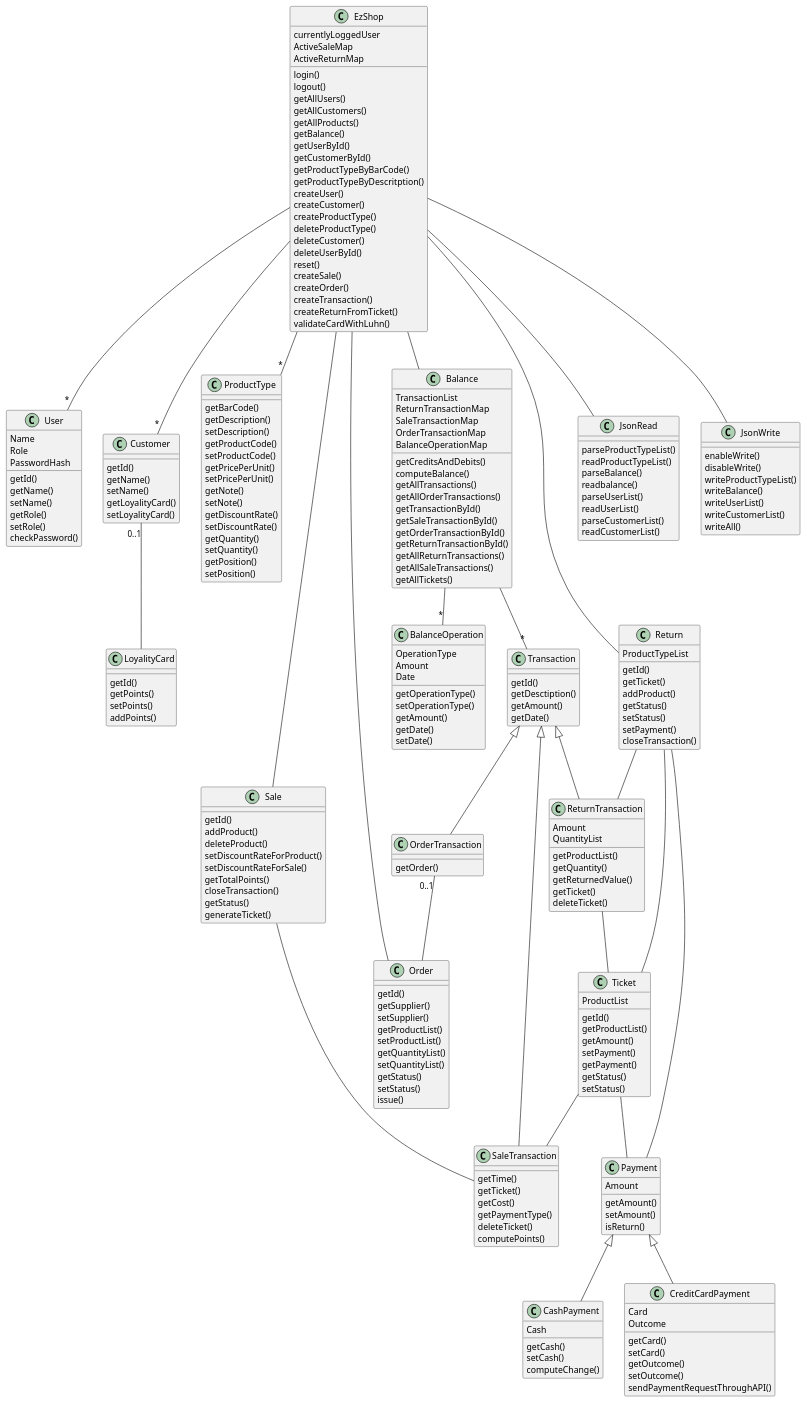
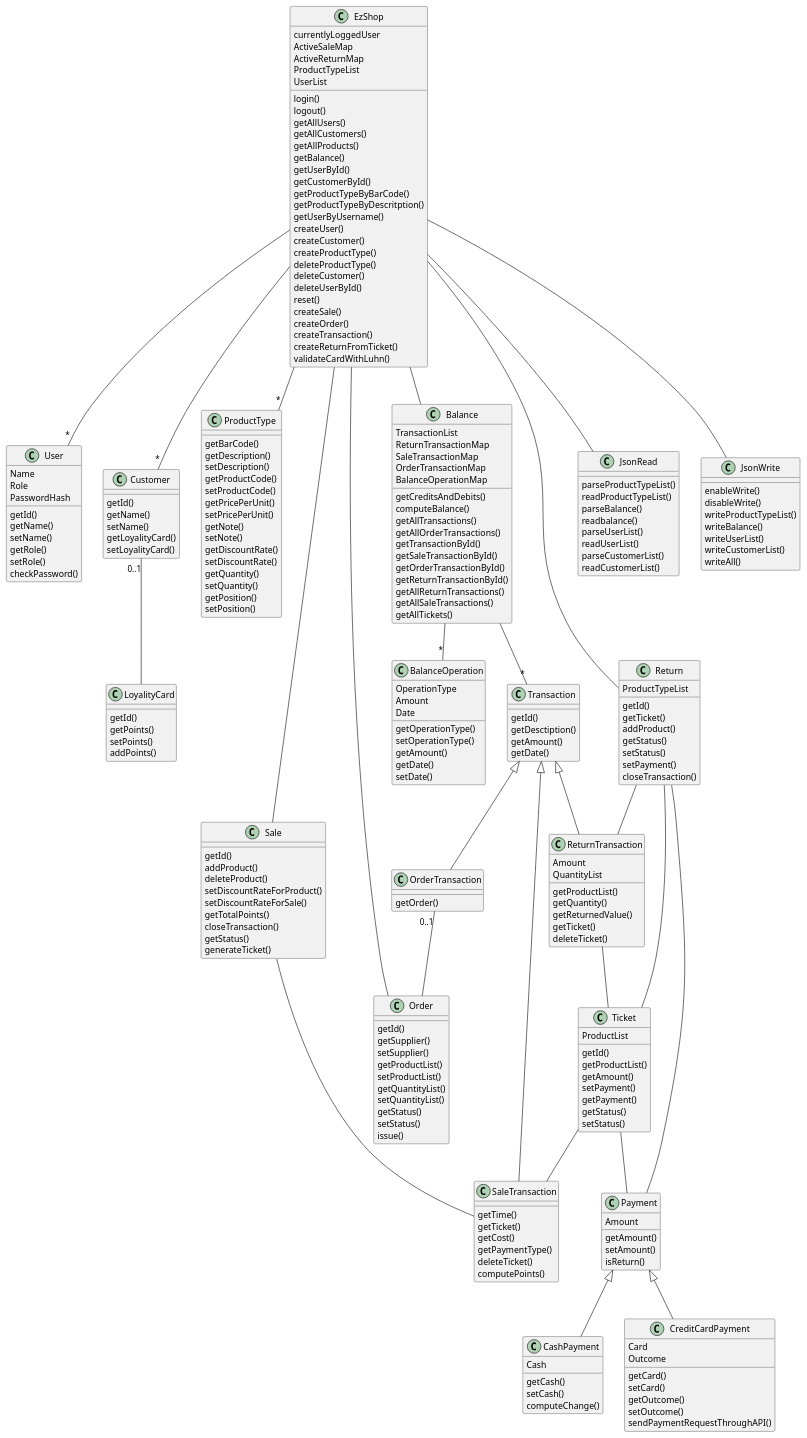
The second of 4 diagrams in Deliverables/DesignDocument.md (paolotron/EzshoProject31), drawn with PlantUML before and after one commit.

```diff
--- a/Deliverables/DesignDocument.md
+++ b/Deliverables/DesignDocument.md
@@ -68,6 +68,7 @@
     getCustomerById()
     getProductTypeByBarCode()
     getProductTypeByDescritption()
+    getUserByUsername()
     createUser()
     createCustomer()
     createProductType()
@@ -83,6 +84,8 @@
     currentlyLoggedUser
     ActiveSaleMap
     ActiveReturnMap
+    ProductTypeList
+    UserList
 }
 class User{
     Name
```
